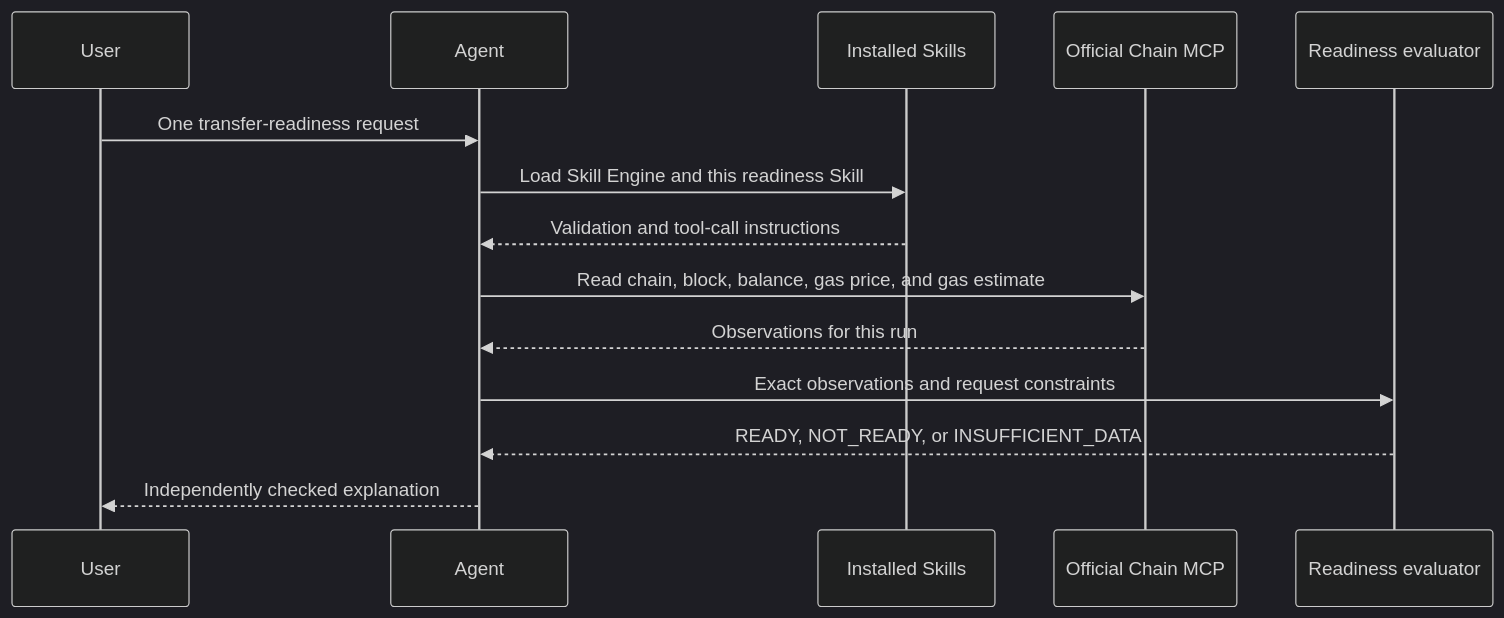
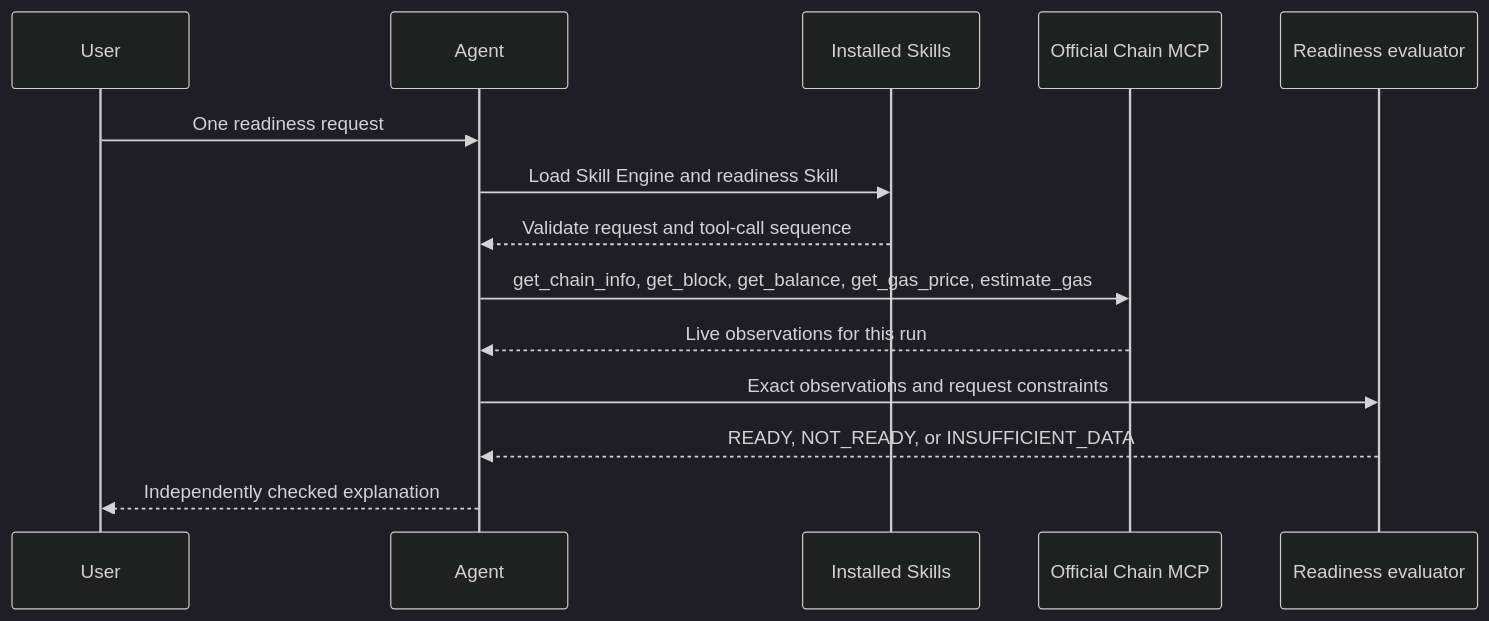
The diagram in README.md (arraya20/chain-flow), drawn with Mermaid (dark theme) before and after one commit. The commit also changed other lines of this file and 10 other files, not shown here.

Commit message:
Add live Chain MCP readiness flow dashboard

````diff
--- a/README.md
+++ b/README.md
@@ -7,16 +7,16 @@
 ```mermaid
 sequenceDiagram
   participant U as User
   participant A as Agent
   participant S as Installed Skills
   participant M as Official Chain MCP
   participant E as Readiness evaluator
-  U->>A: One transfer-readiness request
-  A->>S: Load Skill Engine and this readiness Skill
-  S-->>A: Validation and tool-call instructions
-  A->>M: Read chain, block, balance, gas price, and gas estimate
-  M-->>A: Observations for this run
+  U->>A: One readiness request
+  A->>S: Load Skill Engine and readiness Skill
+  S-->>A: Validate request and tool-call sequence
+  A->>M: get_chain_info, get_block, get_balance, get_gas_price, estimate_gas
+  M-->>A: Live observations for this run
   A->>E: Exact observations and request constraints
   E-->>A: READY, NOT_READY, or INSUFFICIENT_DATA
   A-->>U: Independently checked explanation
 ```
````
